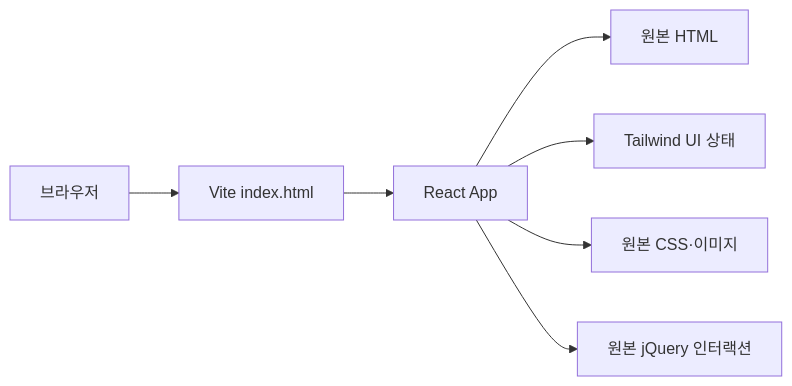
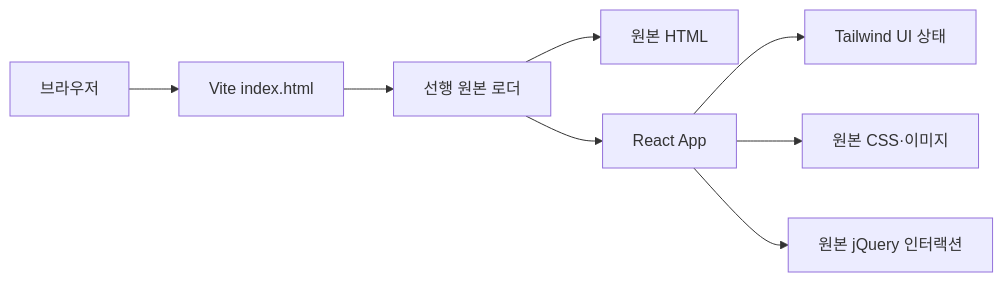
One commit to bonjin-app/portfolio.2015 changed the diagram in docs/ARCHITECTURE.md. Above: the diagram before and after it, drawn with Mermaid. The commit also changed other lines of this file and 13 other files, not shown here.

````diff
--- a/docs/ARCHITECTURE.md
+++ b/docs/ARCHITECTURE.md
@@ -18,9 +18,10 @@
 ```mermaid
 flowchart LR
   Browser["브라우저"] --> Vite["Vite index.html"]
-  Vite --> React["React App"]
-  React --> Markup["원본 HTML"]
+  Vite --> Loader["선행 원본 로더"]
+  Loader --> Markup["원본 HTML"]
+  Loader --> React["React App"]
   React --> Tailwind["Tailwind UI 상태"]
   React --> Assets["원본 CSS·이미지"]
   React --> Scripts["원본 jQuery 인터랙션"]
 ```
````
